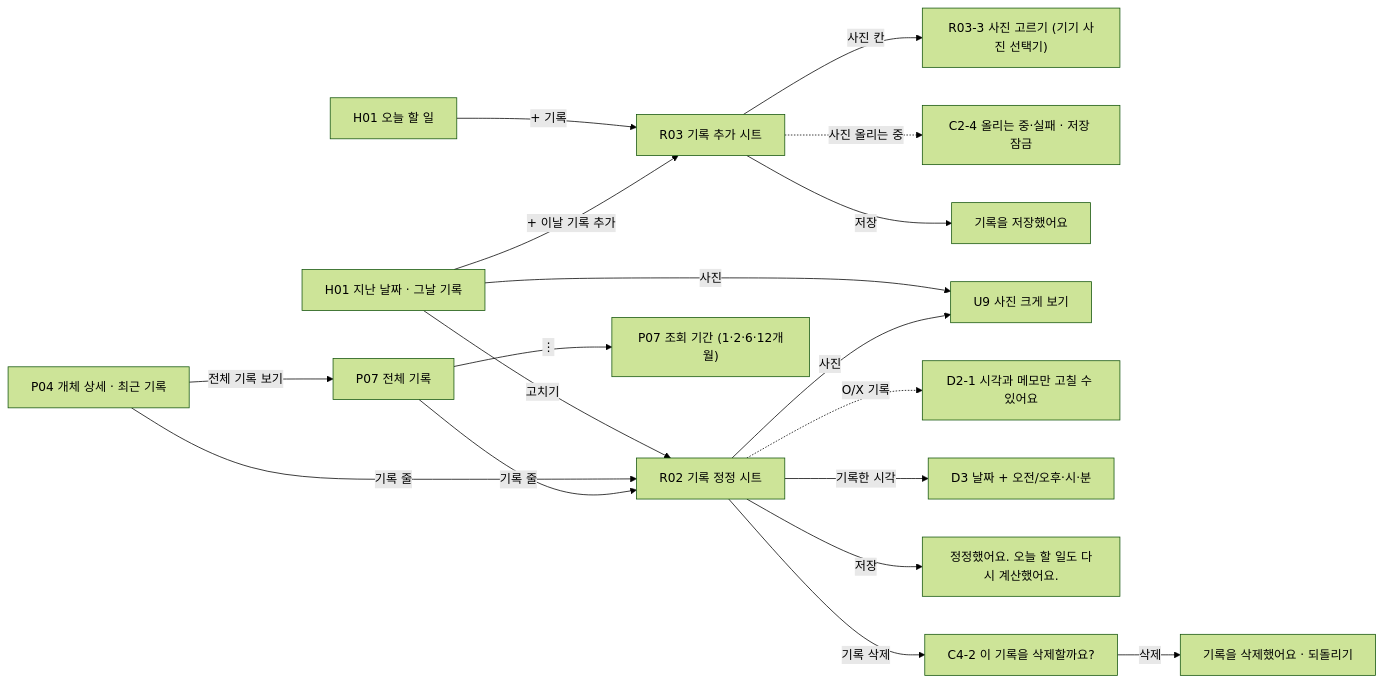
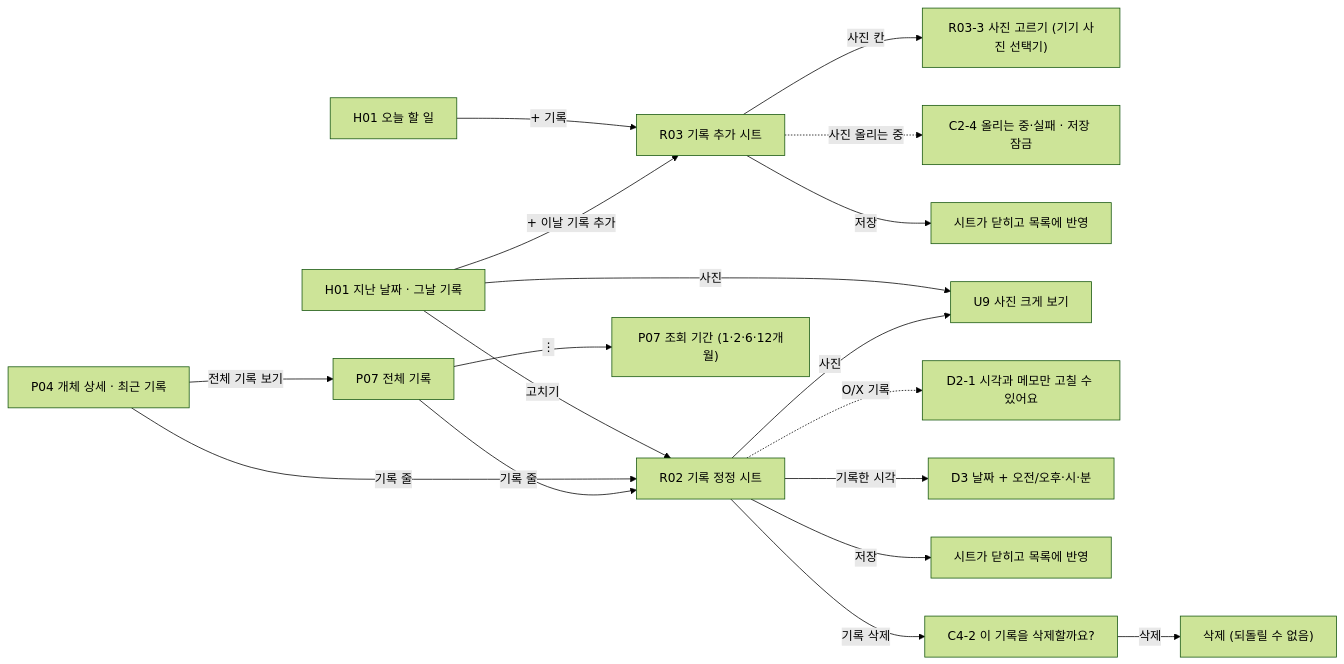
Before and after one commit to PABOM-team/frontend: the fourth of 8 diagrams in docs/screen-flow.md, drawn with Mermaid (forest theme). The commit also changed other lines of this file, not shown here.

````diff
--- a/docs/screen-flow.md
+++ b/docs/screen-flow.md
@@ -125,20 +125,20 @@
 ```mermaid
 flowchart LR
   H01["H01 오늘 할 일"] -->|+ 기록| R03["R03 기록 추가 시트"]
   H01P["H01 지난 날짜 · 그날 기록"] -->|+ 이날 기록 추가| R03
   R03 -->|사진 칸| PICK["R03-3 사진 고르기 (기기 사진 선택기)"]
   R03 -.->|사진 올리는 중| C24["C2-4 올리는 중·실패 · 저장 잠금"]
-  R03 -->|저장| TS["기록을 저장했어요"]
+  R03 -->|저장| TS["시트가 닫히고 목록에 반영"]
   H01P -->|고치기| R02["R02 기록 정정 시트"]
   H01P -->|사진| U9["U9 사진 크게 보기"]
   P04["P04 개체 상세 · 최근 기록"] -->|기록 줄| R02
   P04 -->|전체 기록 보기| P07["P07 전체 기록"]
   P07 -->|기록 줄| R02
   P07 -->|⋮| P07S["P07 조회 기간 (1·2·6·12개월)"]
   R02 -.->|O/X 기록| D21["D2-1 시각과 메모만 고칠 수 있어요"]
   R02 -->|기록한 시각| D3["D3 날짜 + 오전/오후·시·분"]
   R02 -->|사진| U9
-  R02 -->|저장| TR["정정했어요. 오늘 할 일도 다시 계산했어요."]
+  R02 -->|저장| TR["시트가 닫히고 목록에 반영"]
   R02 -->|기록 삭제| C42["C4-2 이 기록을 삭제할까요?"]
-  C42 -->|삭제| TDEL["기록을 삭제했어요 · 되돌리기"]
+  C42 -->|삭제| TDEL["삭제 (되돌릴 수 없음)"]
 ```
````
